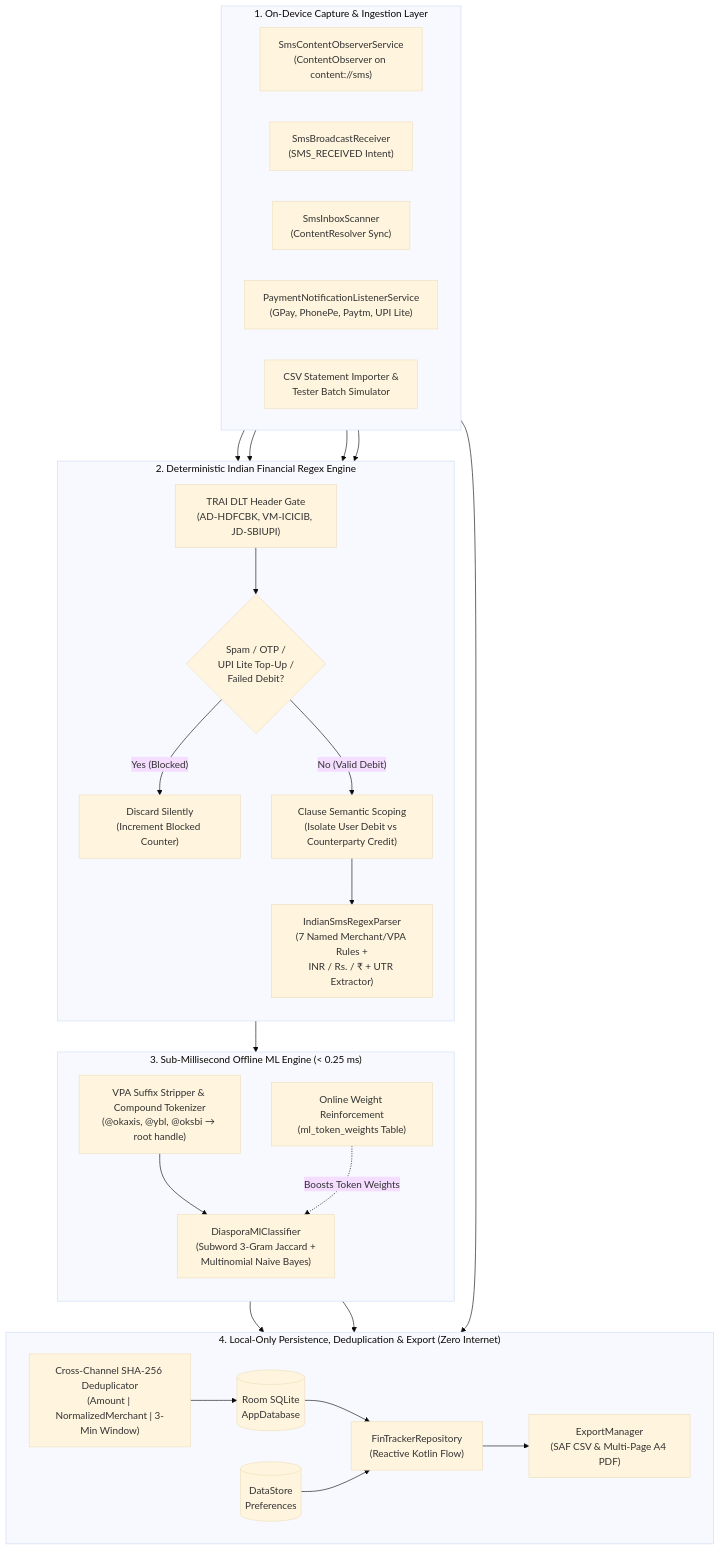
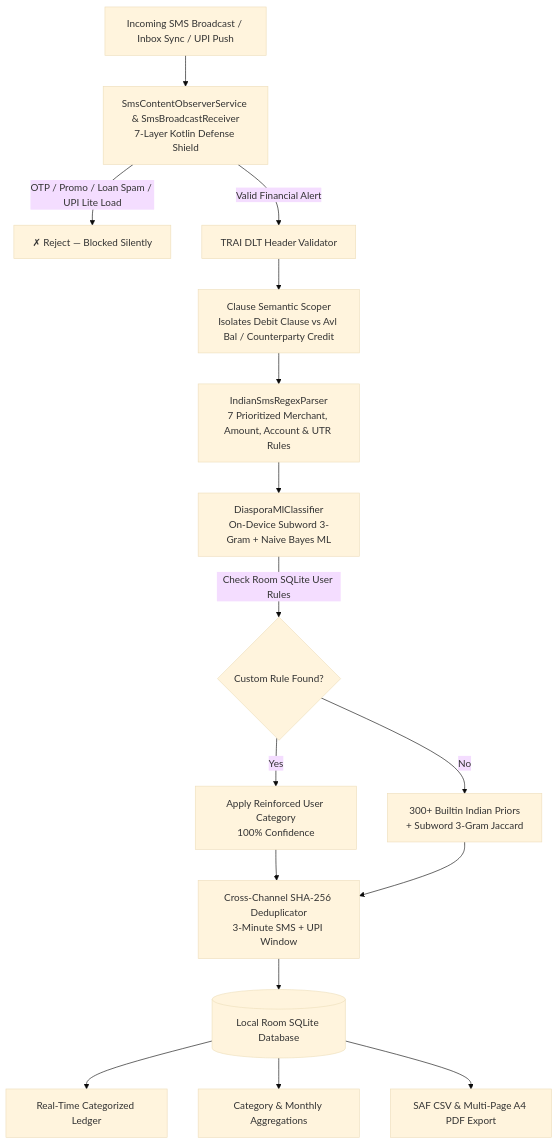
One commit to Piyush2232/FinTracker changed the diagram in README.md. Above: the diagram before and after it, drawn with Mermaid (base theme). The commit also changed other lines of this file and 2 other files, not shown here.

````diff
--- a/README.md
+++ b/README.md
@@ -69,56 +89,18 @@
 ```mermaid
-flowchart TB
-    %% Capture Layer
-    subgraph Capture["1. On-Device Capture & Ingestion Layer"]
-        direction LR
-        OBS["SmsContentObserverService<br/>(ContentObserver on content://sms)"]
-        BRC["SmsBroadcastReceiver<br/>(SMS_RECEIVED Intent)"]
-        SCN["SmsInboxScanner<br/>(ContentResolver Sync)"]
-        NLS["PaymentNotificationListenerService<br/>(GPay, PhonePe, Paytm, UPI Lite)"]
-        CSV["CSV Statement Importer &<br/>Tester Batch Simulator"]
-    end
-
-    %% Deterministic Parsing Layer
-    subgraph Parser["2. Deterministic Indian Financial Regex Engine"]
-        direction TB
-        DLT["TRAI DLT Header Gate<br/>(AD-HDFCBK, VM-ICICIB, JD-SBIUPI)"]
-        SPAM{"Spam / OTP /<br/>UPI Lite Top-Up /<br/>Failed Debit?"}
-        DROP["Discard Silently<br/>(Increment Blocked Counter)"]
-        CLAUSE["Clause Semantic Scoping<br/>(Isolate User Debit vs Counterparty Credit)"]
-        REGEX["IndianSmsRegexParser<br/>(7 Named Merchant/VPA Rules +<br/>INR / Rs. / ₹ + UTR Extractor)"]
-    end
-
-    %% Offline ML Layer
-    subgraph ML["3. Sub-Millisecond Offline ML Engine (< 0.25 ms)"]
-        direction TB
-        TOKEN["VPA Suffix Stripper & Compound Tokenizer<br/>(@okaxis, @ybl, @oksbi → root handle)"]
-        NB["DiasporaMlClassifier<br/>(Subword 3-Gram Jaccard +<br/>Multinomial Naive Bayes)"]
-        LEARN["Online Weight Reinforcement<br/>(ml_token_weights Table)"]
-    end
-
-    %% Persistence & Dedup Layer
-    subgraph Data["4. Local-Only Persistence, Deduplication & Export (Zero Internet)"]
-        direction LR
-        DEDUP["Cross-Channel SHA-256 Deduplicator<br/>(Amount | NormalizedMerchant | 3-Min Window)"]
-        ROOM[("Room SQLite<br/>AppDatabase")]
-        DSTORE[("DataStore<br/>Preferences")]
-        REPO["FinTrackerRepository<br/>(Reactive Kotlin Flow)"]
-        EXP["ExportManager<br/>(SAF CSV & Multi-Page A4 PDF)"]
-    end
-
-    %% Flow Connections
-    OBS & BRC & SCN & NLS --> DLT
-    DLT --> SPAM
-    SPAM -- "Yes (Blocked)" --> DROP
-    SPAM -- "No (Valid Debit)" --> CLAUSE
-    CLAUSE --> REGEX
-    REGEX --> TOKEN
-    TOKEN --> NB
-    NB --> DEDUP
-    CSV --> DEDUP
-    DEDUP --> ROOM
-    ROOM & DSTORE --> REPO
-    REPO --> EXP
-    LEARN -. "Boosts Token Weights" .-> NB
-    LEARN --> ROOM
+flowchart TD
+    A[Incoming SMS Broadcast / Inbox Sync / UPI Push] --> B[SmsContentObserverService & SmsBroadcastReceiver<br/>7-Layer Kotlin Defense Shield]
+    B -->|OTP / Promo / Loan Spam / UPI Lite Load| C[✗ Reject — Blocked Silently]
+    B -->|Valid Financial Alert| D[TRAI DLT Header Validator]
+    D --> E[Clause Semantic Scoper<br/>Isolates Debit Clause vs Avl Bal / Counterparty Credit]
+    E --> F[IndianSmsRegexParser<br/>7 Prioritized Merchant, Amount, Account & UTR Rules]
+    F --> G[DiasporaMlClassifier<br/>On-Device Subword 3-Gram + Naive Bayes ML]
+    G -->|Check Room SQLite User Rules| H{Custom Rule Found?}
+    H -->|Yes| I[Apply Reinforced User Category<br/>100% Confidence]
+    H -->|No| J[300+ Builtin Indian Priors<br/>+ Subword 3-Gram Jaccard]
+    I --> K[Cross-Channel SHA-256 Deduplicator<br/>3-Minute SMS + UPI Window]
+    J --> K
+    K --> L[(Local Room SQLite Database)]
+    L --> M[Real-Time Categorized Ledger]
+    L --> N[Category & Monthly Aggregations]
+    L --> O[SAF CSV & Multi-Page A4 PDF Export]
 ```
````
